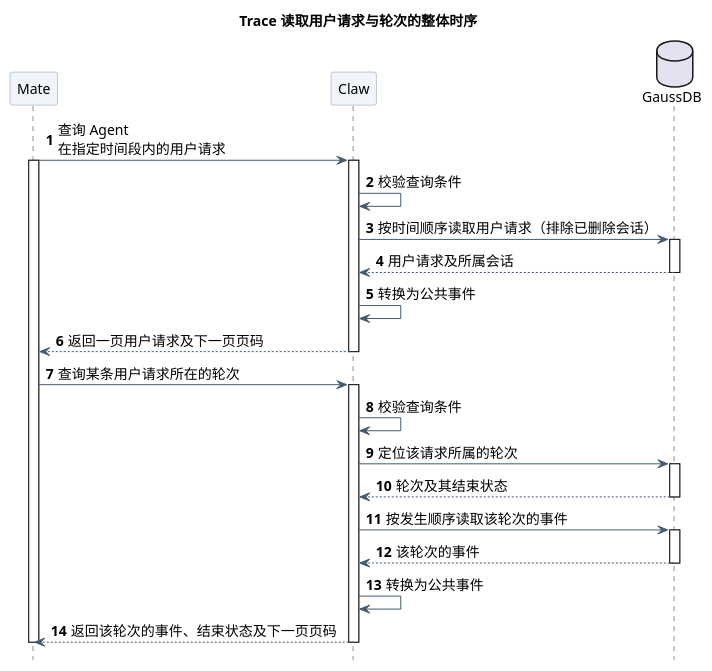
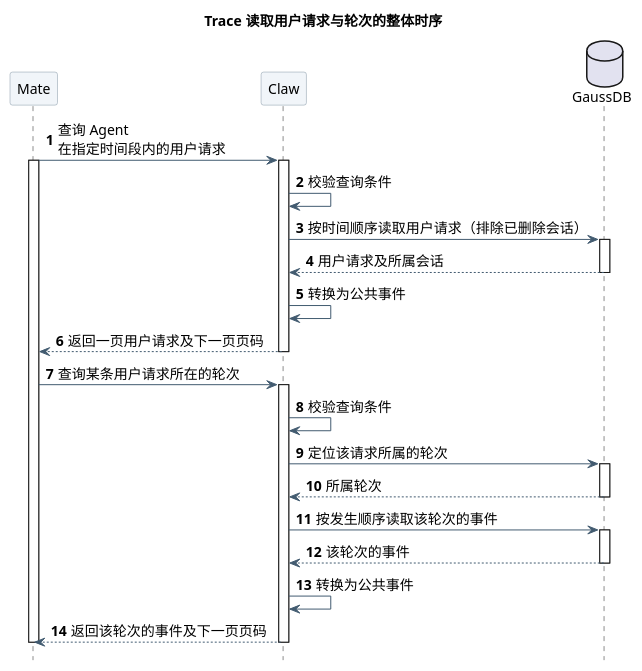
The first of 3 diagrams in 01-总体架构/01-CampusClaw多Agent运行时/设计图/Agent用户事件查询/diagram.puml (ssm0808/pi-mono-java-design), drawn with PlantUML before and after one commit. The commit also changed other lines of this file and 5 other files, not shown here.

```diff
--- a/01-总体架构/01-CampusClaw多Agent运行时/设计图/Agent用户事件查询/diagram.puml
+++ b/01-总体架构/01-CampusClaw多Agent运行时/设计图/Agent用户事件查询/diagram.puml
@@ -1,52 +1,52 @@
 @startuml agent_user_events_overview
 ' 源码证据：pi-mono-java main 769e86592285f4a25b0febaf551eddea6bc7212c
 ' modules/coding-agent-cli/src/main/java/com/campusclaw/codingagent/runtimeapi/
 ' web/RuntimeEventController.java:list
 ' event/CommittedEventQueryService.java:list,pageOf
 ' event/CommittedEventProjection.java:project
 ' persistence/MyBatisRuntimeExecutionControlRepository.java:linkCommittedEvent
 ' 已观察行为：事件只能按单个 Session 读取；轮次以根执行和结果段关联的形式存在。
 ' 设计原因：服务级视图，只画 Mate、Claw 与 GaussDB 之间的交互；Claw 内部分层见详细时序与类图。
 ' 待实现：两个读取接口和事件表 agent_id 索引。
 skinparam backgroundColor white
 skinparam defaultFontName SansSerif
 skinparam defaultFontSize 14
 skinparam shadowing false
 skinparam ArrowColor #425B70
 skinparam sequenceParticipantBackgroundColor #F1F5F9
 skinparam sequenceParticipantBorderColor #8496A4
 skinparam sequenceMessageAlign left
 skinparam maxMessageSize 190
 hide footbox
 autonumber
 title Trace 读取用户请求与轮次的整体时序
 participant "Mate" as Mate
 participant "Claw" as Claw
 database "GaussDB" as DB
 Mate -> Claw : 查询 Agent 在指定时间段内的用户请求
 activate Mate
 activate Claw
 Claw -> Claw : 校验查询条件
 Claw -> DB : 按时间顺序读取用户请求（排除已删除会话）
 activate DB
 DB --> Claw : 用户请求及所属会话
 deactivate DB
 Claw -> Claw : 转换为公共事件
 Claw --> Mate : 返回一页用户请求及下一页页码
 deactivate Claw
 Mate -> Claw : 查询某条用户请求所在的轮次
 activate Claw
 Claw -> Claw : 校验查询条件
 Claw -> DB : 定位该请求所属的轮次
 activate DB
-DB --> Claw : 轮次及其结束状态
+DB --> Claw : 所属轮次
 deactivate DB
 Claw -> DB : 按发生顺序读取该轮次的事件
 activate DB
 DB --> Claw : 该轮次的事件
 deactivate DB
 Claw -> Claw : 转换为公共事件
-Claw --> Mate : 返回该轮次的事件、结束状态及下一页页码
+Claw --> Mate : 返回该轮次的事件及下一页页码
 deactivate Claw
 deactivate Mate
 @enduml
```
